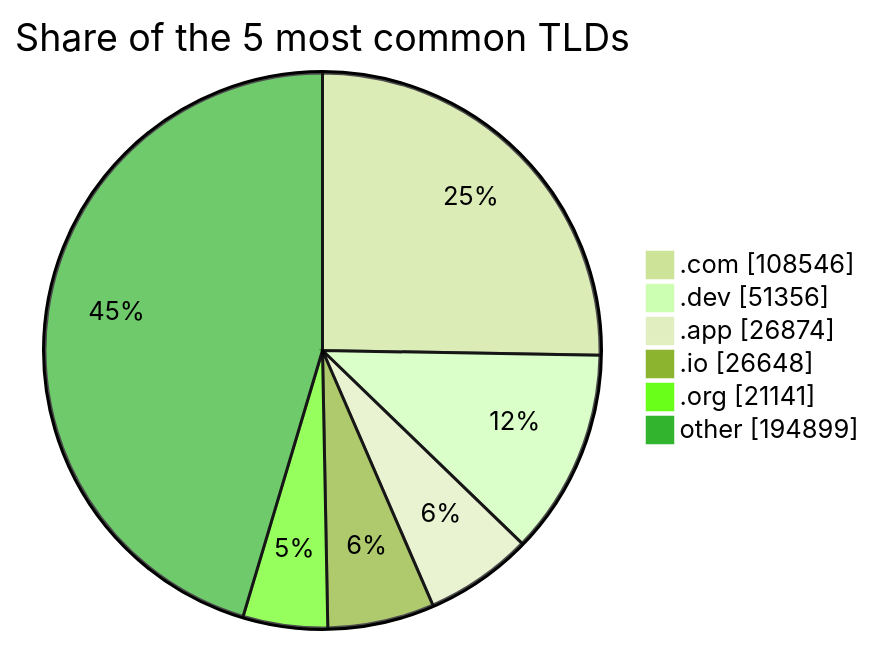
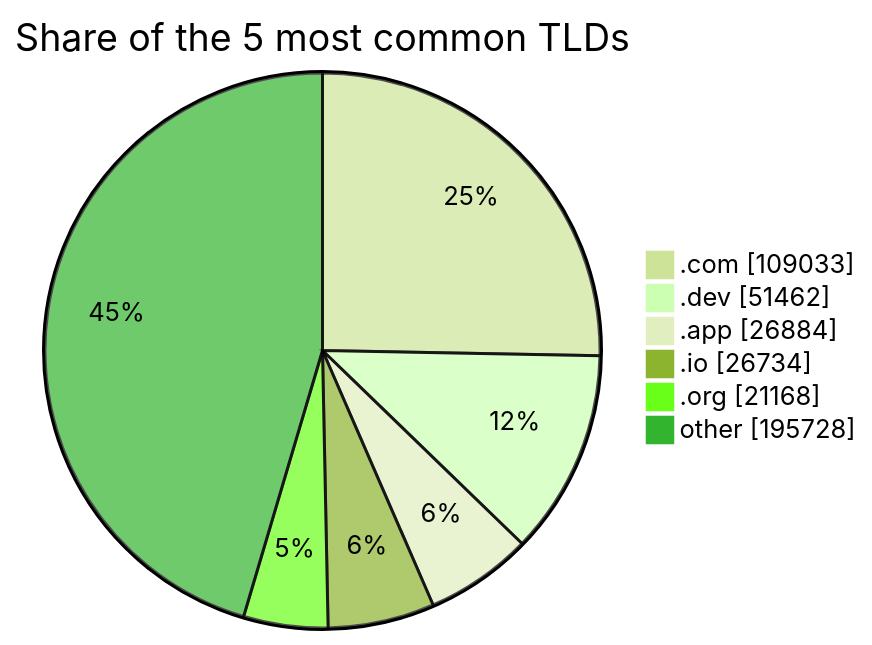
The third of 3 diagrams in README.md (DNSBunker/CTI), drawn with Mermaid (forest theme) before and after one commit. The commit also changed other lines of this file and 3 other files, not shown here.

````diff
--- a/README.md
+++ b/README.md
@@ -81,9 +81,9 @@
 ```mermaid
 pie showData title Share of the 5 most common TLDs
-    ".com" : 108546
-    ".dev" : 51356
-    ".app" : 26874
-    ".io" : 26648
-    ".org" : 21141
-    "other" : 194899
+    ".com" : 109033
+    ".dev" : 51462
+    ".app" : 26884
+    ".io" : 26734
+    ".org" : 21168
+    "other" : 195728
 ```
````
